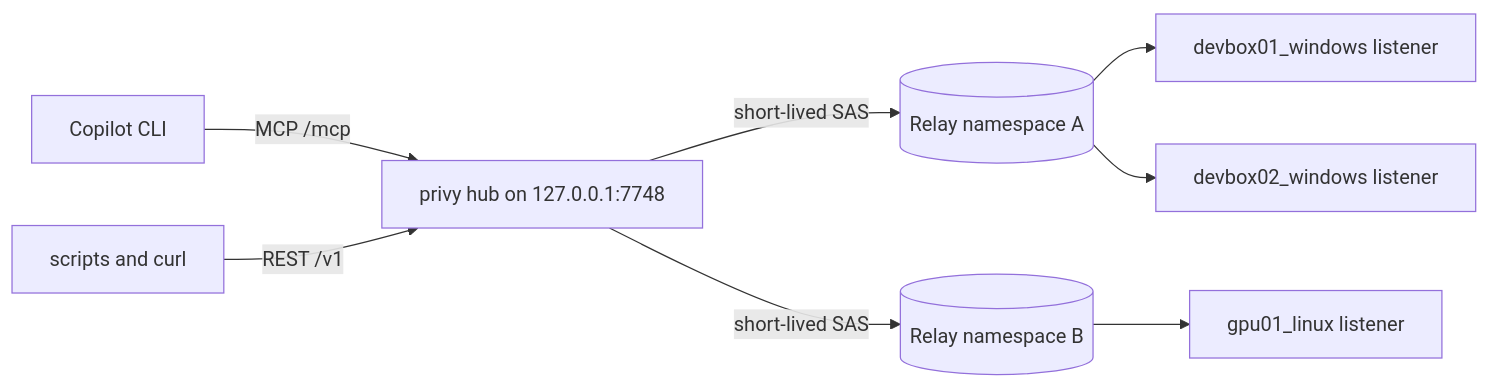
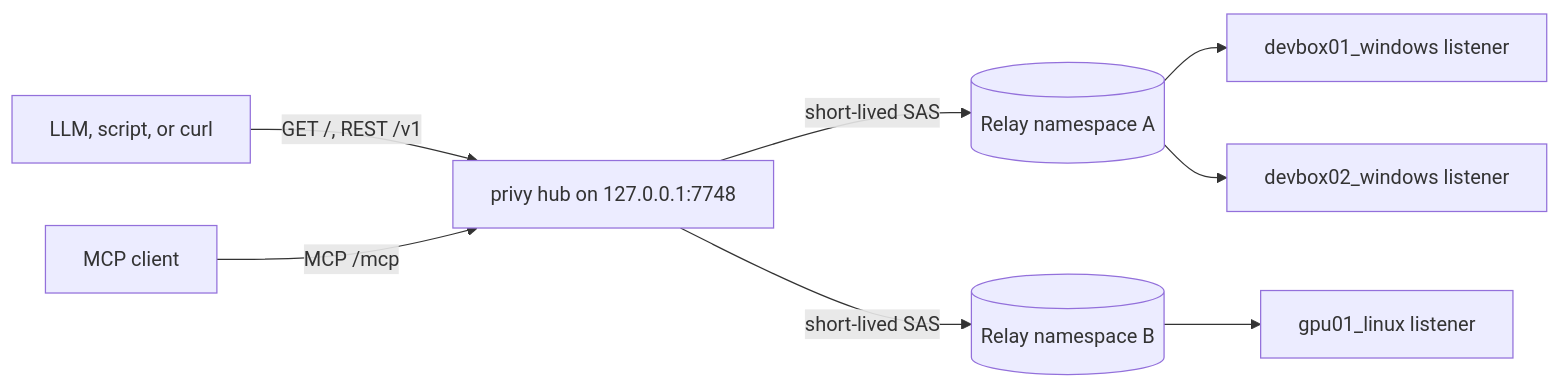
Before and after one commit to mdrakiburrahman/privy: the diagram in docs/HUB.md, drawn with Mermaid. The commit also changed other lines of this file and 31 other files, not shown here.

First line of the commit message:
feat(hub): make the hub LLM-first with live output and no authentication

````diff
--- a/docs/HUB.md
+++ b/docs/HUB.md
@@ -8,10 +8,10 @@
 ```mermaid
 flowchart LR
-  copilot[Copilot CLI] -->|MCP /mcp| hub
-  scripts[scripts and curl] -->|REST /v1| hub
+  llm[LLM, script, or curl] -->|"GET /, REST /v1"| hub
+  copilot[MCP client] -->|MCP /mcp| hub
   hub["privy hub on 127.0.0.1:7748"] -->|short-lived SAS| relayA[(Relay namespace A)]
   hub -->|short-lived SAS| relayB[(Relay namespace B)]
   relayA --> devbox01[devbox01_windows listener]
   relayA --> devbox02[devbox02_windows listener]
   relayB --> gpu01[gpu01_linux listener]
 ```
````
